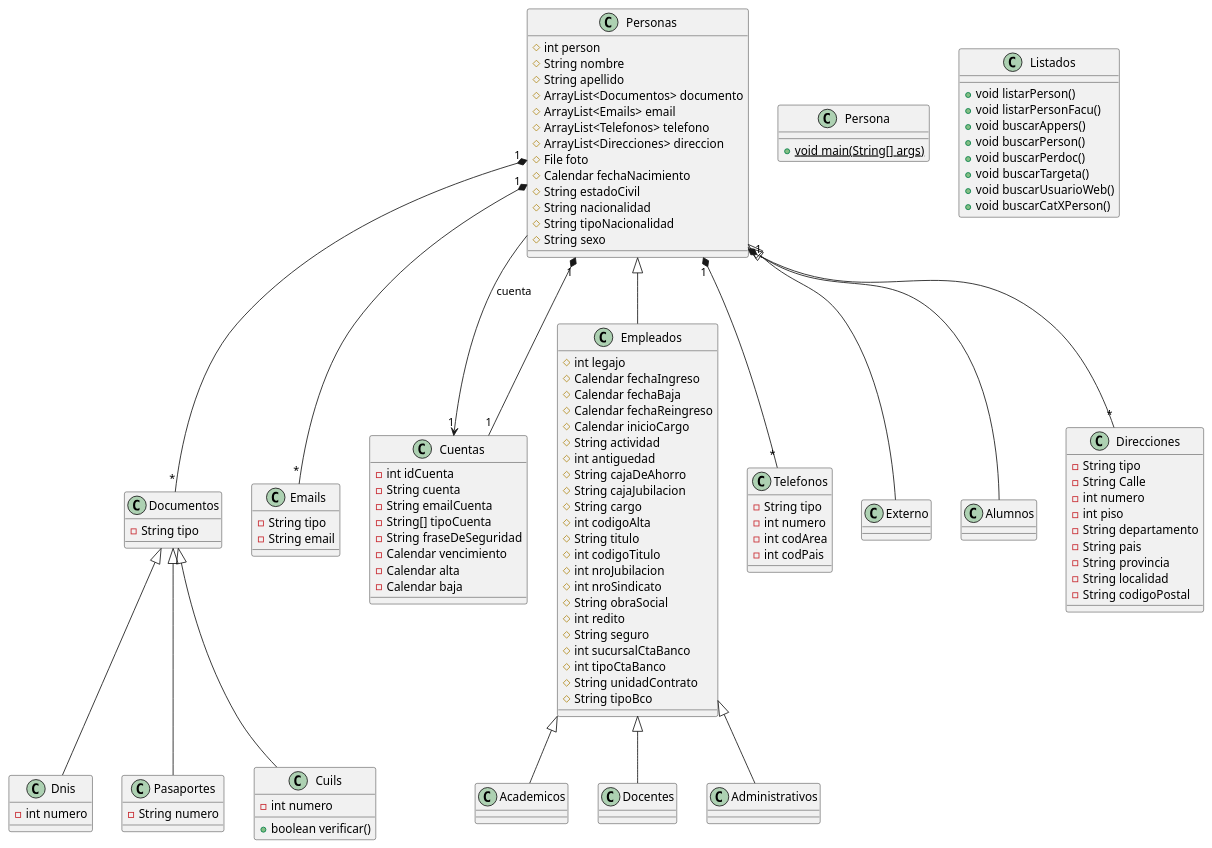
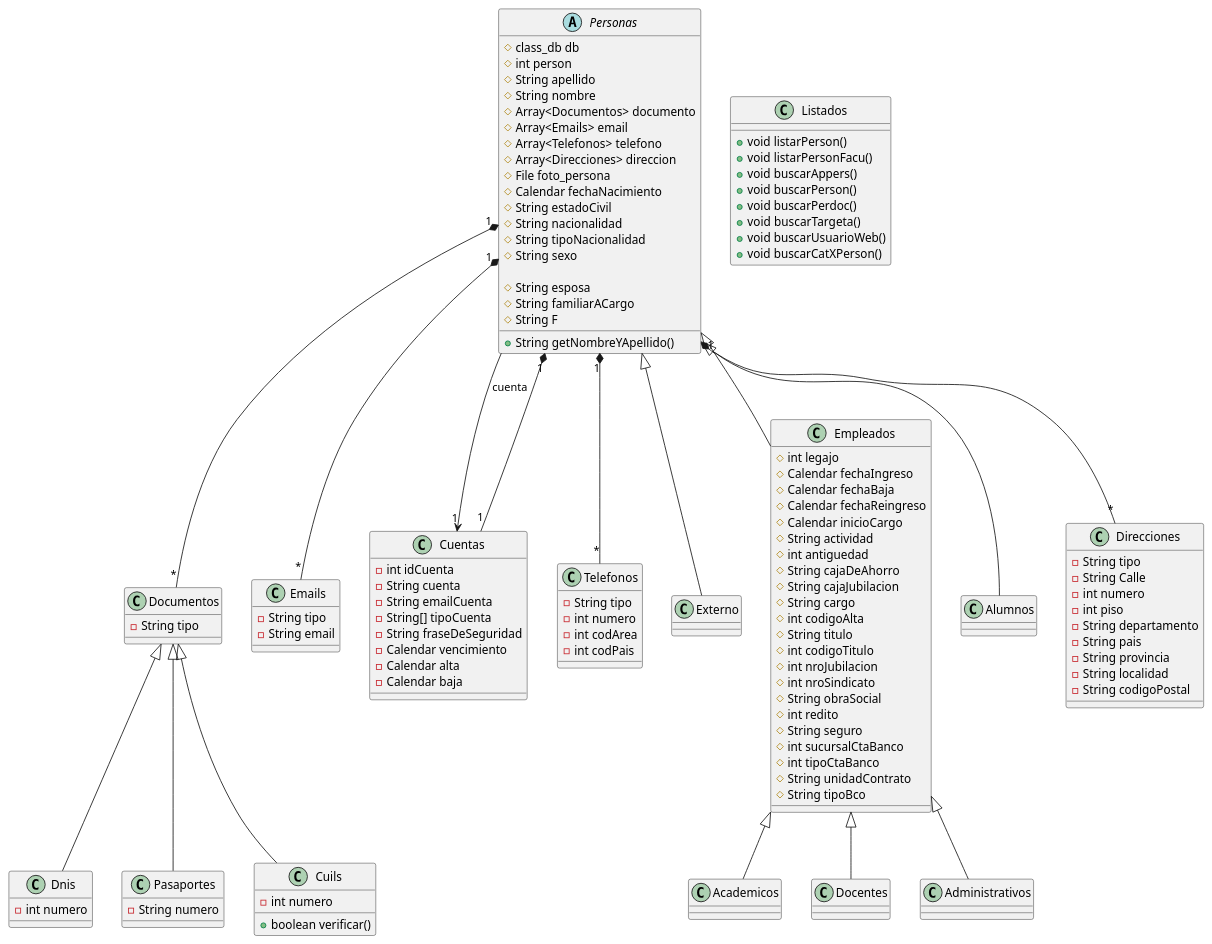
Before and after one commit to iberlot/clasesPersonas: the diagram in Class Diagrams/diagramasClases.puml, drawn with PlantUML. The commit also changed 8 other files, not shown here.

```diff
--- a/Class Diagrams/diagramasClases.puml
+++ b/Class Diagrams/diagramasClases.puml
@@ -1,146 +1,140 @@
 @startuml
+
+
+abstract class Personas {
+	#class_db db
+	#int person
+	#String apellido
+	#String nombre
+	#Array<Documentos> documento
+	#Array<Emails> email
+	#Array<Telefonos> telefono
+	#Array<Direcciones> direccion
+	#File foto_persona
+	#Calendar fechaNacimiento
+	#String estadoCivil
+	#String nacionalidad
+	#String tipoNacionalidad
+	#String sexo
+	
+	#String esposa
+	#String familiarACargo
+	#String F
+	
+	
+	+String getNombreYApellido()
+}
+
+
 class Dnis [[java:personas.Dnis]] {
 	-int numero
-}
-class Documentos [[java:personas.Documentos]] {
 }
 abstract class Documentos [[java:personas.Documentos]] {
 	-String tipo
 }
 class Emails [[java:personas.Emails]] {
 	-String tipo
 	-String email
 }
 class Cuentas [[java:personas.Cuentas]] {
 	-int idCuenta
 	-String cuenta
 	-String emailCuenta
 	-String[] tipoCuenta
 	-String fraseDeSeguridad
 	-Calendar vencimiento
 	-Calendar alta
 	-Calendar baja
 }
 class Academicos [[java:personas.Academicos]] {
 }
-class Empleados [[java:personas.Empleados]] {
-}
 class Telefonos [[java:personas.Telefonos]] {
 	-String tipo
 	-int numero
 	-int codArea
 	-int codPais
 }
 class Externo [[java:personas.Externo]] {
-}
-class Personas [[java:personas.Personas]] {
 }
 abstract class Empleados [[java:personas.Empleados]] {
 	#int legajo
 	#Calendar fechaIngreso
 	#Calendar fechaBaja
 	#Calendar fechaReingreso
 	#Calendar inicioCargo
 	#String actividad
 	#int antiguedad
 	#String cajaDeAhorro
 	#String cajaJubilacion
 	#String cargo
 	#int codigoAlta
 	#String titulo
 	#int codigoTitulo
 	#int nroJubilacion
 	#int nroSindicato
 	#String obraSocial
 	#int redito
 	#String seguro
 	#int sucursalCtaBanco
 	#int tipoCtaBanco
 	#String unidadContrato
 	#String tipoBco
-}
-class Personas [[java:personas.Personas]] {
-}
-class Persona [[java:personas.Persona]] {
-	+{static}void main(String[] args)
+	
 }
 class Docentes [[java:personas.Docentes]] {
 }
-class Empleados [[java:personas.Empleados]] {
-}
 class Pasaportes [[java:personas.Pasaportes]] {
 	-String numero
-}
-class Documentos [[java:personas.Documentos]] {
 }
 class Cuils [[java:personas.Cuils]] {
 	-int numero
 	+boolean verificar()
 }
 class Documentos [[java:personas.Documentos]] {
 }
-abstract class Personas [[java:personas.Personas]] {
-	#int person
-	#String nombre
-	#String apellido
-	#ArrayList<Documentos> documento
-	#ArrayList<Emails> email
-	#ArrayList<Telefonos> telefono
-	#ArrayList<Direcciones> direccion
-	#File foto
-	#Calendar fechaNacimiento
-	#String estadoCivil
-	#String nacionalidad
-	#String tipoNacionalidad
-	#String sexo
-}
-class Cuentas [[java:personas.Cuentas]] {
-}
 class Alumnos [[java:personas.Alumnos]] {
-}
-class Personas [[java:personas.Personas]] {
 }
 class Listados [[java:personas.Listados]] {
 	+void listarPerson()
 	+void listarPersonFacu()
 	+void buscarAppers()
 	+void buscarPerson()
 	+void buscarPerdoc()
 	+void buscarTargeta()
 	+void buscarUsuarioWeb()
 	+void buscarCatXPerson()
 }
 class Administrativos [[java:personas.Administrativos]] {
 }
 class Empleados [[java:personas.Empleados]] {
 }
 class Direcciones [[java:personas.Direcciones]] {
 	-String tipo
 	-String Calle
 	-int numero
 	-int piso
 	-String departamento
 	-String pais
 	-String provincia
 	-String localidad
 	-String codigoPostal
 }
 
 Documentos <|-- Dnis
 Documentos <|-- Pasaportes
 Documentos <|-- Cuils
 Personas <|-- Alumnos
 Personas <|-- Externo
 Personas <|-- Empleados
 Empleados <|-- Administrativos
 Empleados <|-- Academicos
 Empleados <|-- Docentes
 Personas --> "1" Cuentas : cuenta
 
 Personas "1" *-- "*" Documentos
 Personas "1" *-- "*" Direcciones
 Personas "1" *-- "*" Telefonos
 Personas "1" *-- "*" Emails
 Personas "1" *-- "1" Cuentas
 
 @enduml
```
